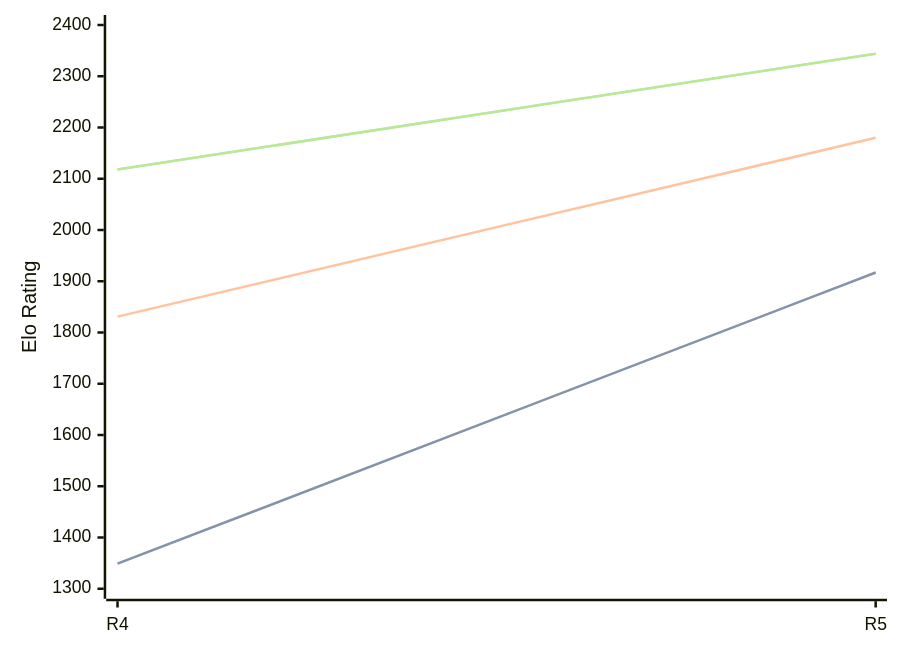
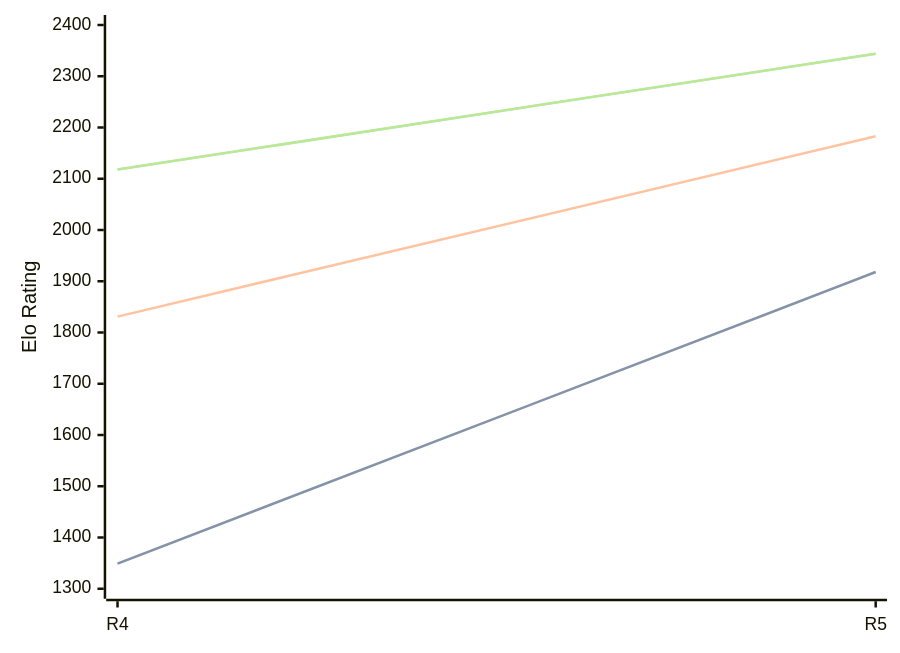
The diagram in engines/Viking.md (computer-chess-index/cci), drawn with Mermaid before and after one commit. The commit also changed other lines of this file, not shown here.

````diff
--- a/engines/Viking.md
+++ b/engines/Viking.md
@@ -35,11 +35,11 @@
 ```mermaid
 %%{init: {"theme":"base","themeVariables":{"seriesColors:['#a3a3a3','#222221','#faa371']}}}%%
 xychart-beta
   x-axis ["R4", "R5"]
   y-axis "Elo Rating" 1300 --> 2400
-  line "" [1349, 1917]
-  line "STC (8.0+0.08s)" [1349, 1917]
-  line "LTC (60.0+0.60s)" [1831, 2180]
+  line "" [1349, 1918]
+  line "STC (8.0+0.08s)" [1349, 1918]
+  line "LTC (60.0+0.60s)" [1831, 2183]
   line "" [2118, 2344]
   line "VLTC (2m24s+1.12s)" [2118, 2344]
 ```
````
